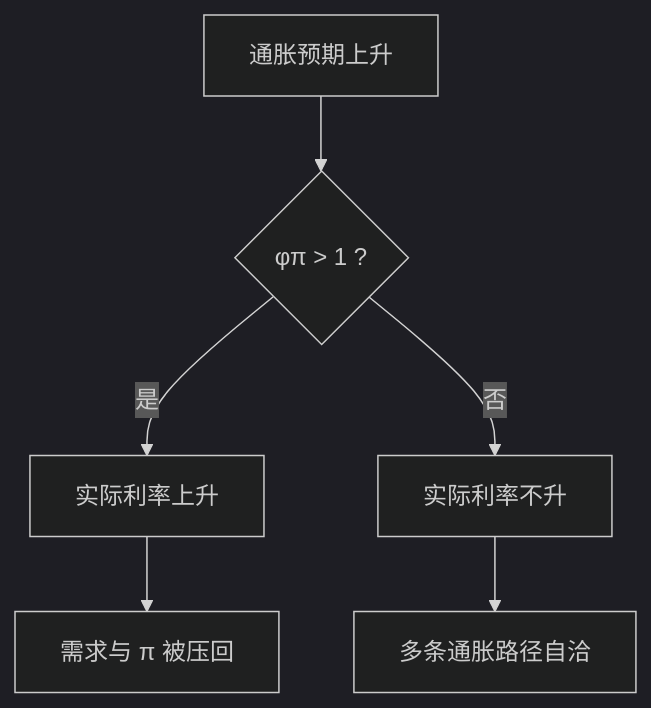
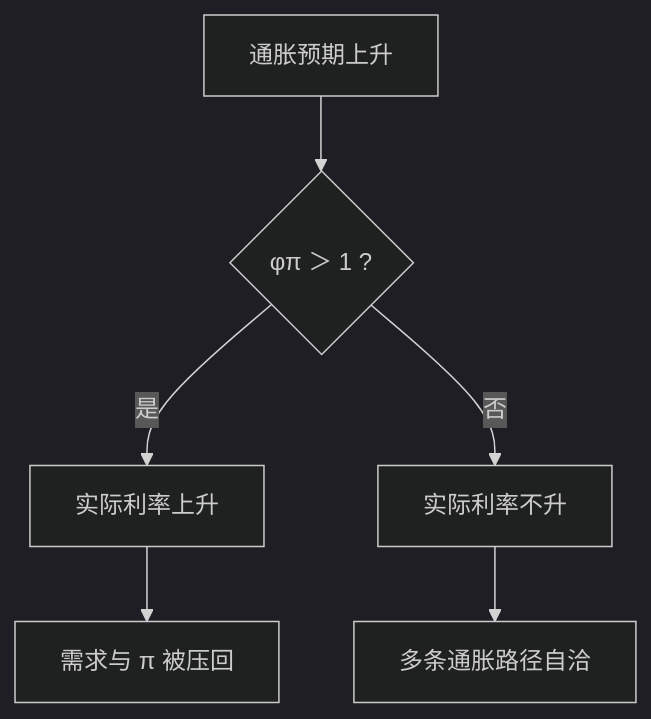
One commit to xhongduo-tech/xhongduo-tech.github.io changed the first of 2 diagrams in docs/econ/taylor-principle.md. Above: the diagram before and after it, drawn with Mermaid (dark theme). The commit also changed other lines of this file and 291 other files, not shown here.

Commit message:
Normalize lesson titles to tree names and repair mermaid arrow/quote syntax site-wide.

````diff
--- a/docs/econ/taylor-principle.md
+++ b/docs/econ/taylor-principle.md
@@ -30,8 +30,8 @@
 ```mermaid
 flowchart TD
-  PI["通胀预期上升"] --> PHI{"φπ > 1 ?"}
+  PI["通胀预期上升"] --> PHI{"φπ ＞ 1 ?"}
   PHI -->|是| UP["实际利率上升"]
   UP --> DOWN["需求与 π 被压回"]
   PHI -->|否| SELF["实际利率不升"]
   SELF --> MULT["多条通胀路径自洽"]
 ```
````
